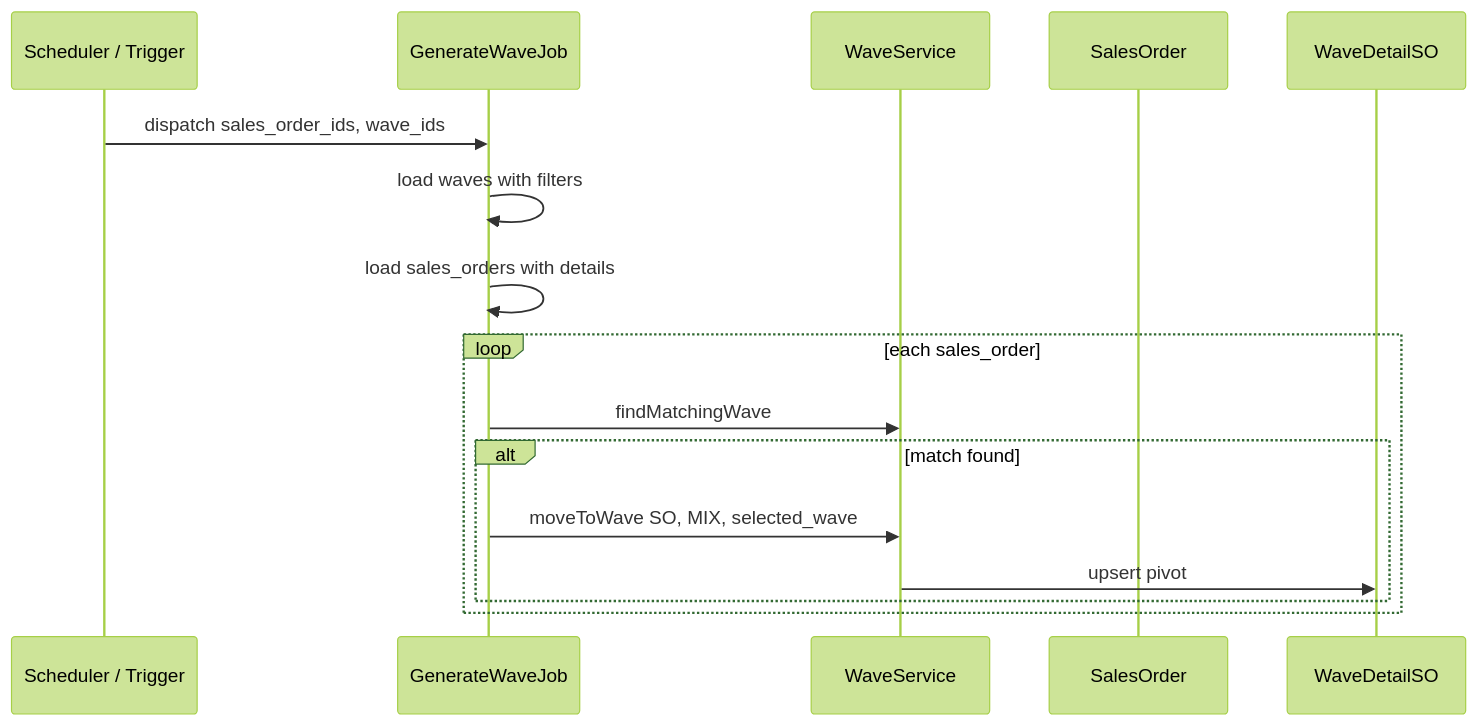
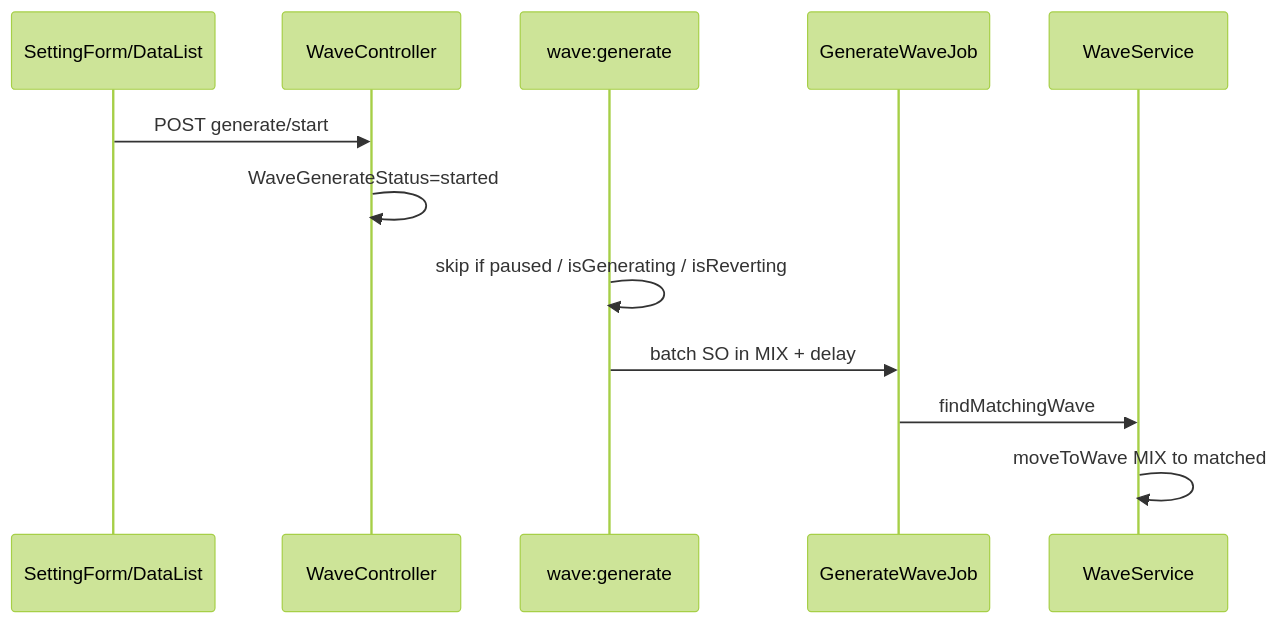
One commit to yendyr/olshoperp-docs changed the diagram in qa-docs/omni-waves-management/technical.md. Above: the diagram before and after it, drawn with Mermaid (forest theme). The commit also changed other lines of this file and 20 other files, not shown here.

````diff
--- a/qa-docs/omni-waves-management/technical.md
+++ b/qa-docs/omni-waves-management/technical.md
@@ -140,19 +132,15 @@
 ```mermaid
 sequenceDiagram
-    participant Sched as Scheduler / Trigger
-    participant Job as GenerateWaveJob
-    participant WS as WaveService
-    participant SO as SalesOrder
-    participant WDSO as WaveDetailSO
+  participant FE as SettingForm/DataList
+  participant API as WaveController
+  participant Cron as wave:generate
+  participant Job as GenerateWaveJob
+  participant WS as WaveService
 
-    Sched->>Job: dispatch sales_order_ids, wave_ids
-    Job->>Job: load waves with filters
-    Job->>Job: load sales_orders with details
-    loop each sales_order
-        Job->>WS: findMatchingWave
-        alt match found
-            Job->>WS: moveToWave SO, MIX, selected_wave
-            WS->>WDSO: upsert pivot
-        end
-    end
+  FE->>API: POST generate/start
+  API->>API: WaveGenerateStatus=started
+  Cron->>Cron: skip if paused / isGenerating / isReverting
+  Cron->>Job: batch SO in MIX + delay
+  Job->>WS: findMatchingWave
+  WS->>WS: moveToWave MIX to matched
 ```
````
